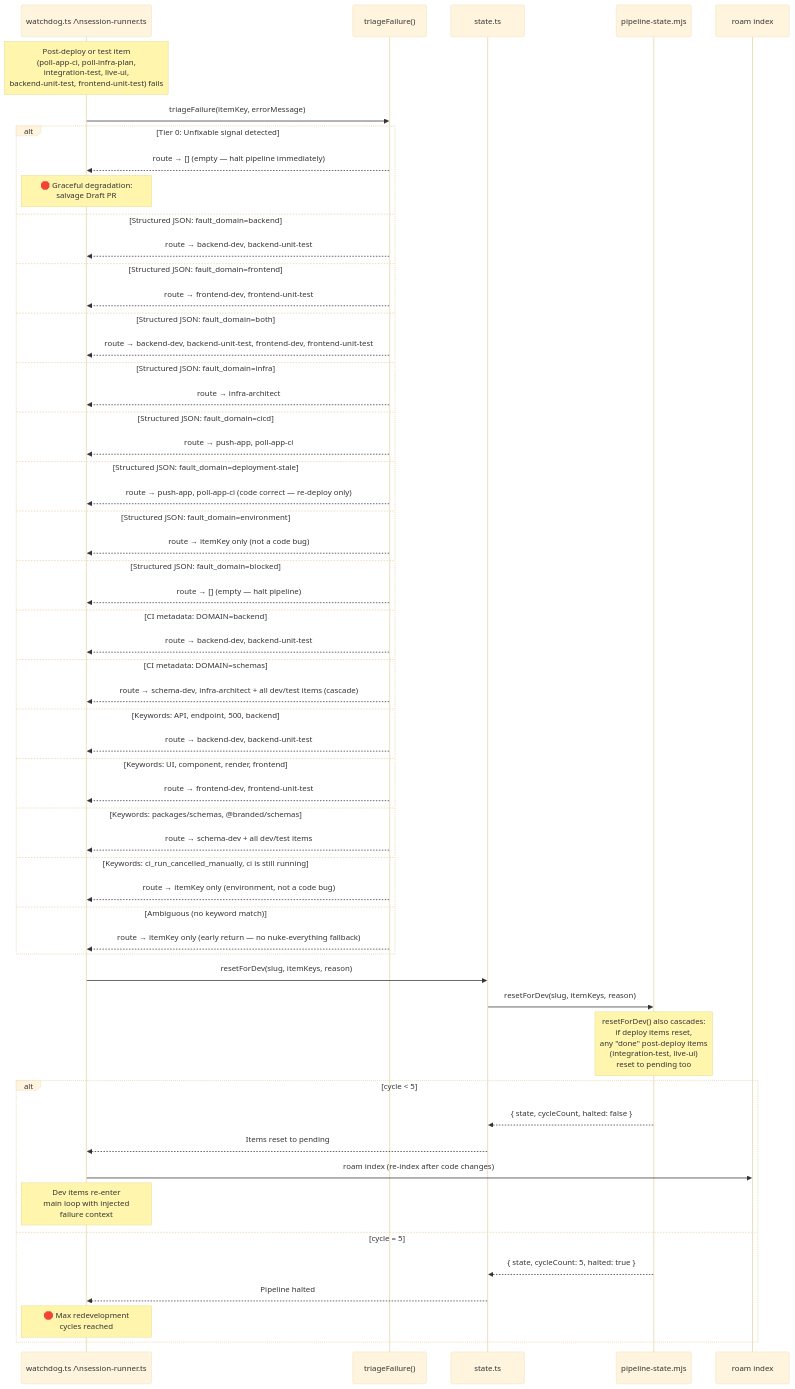
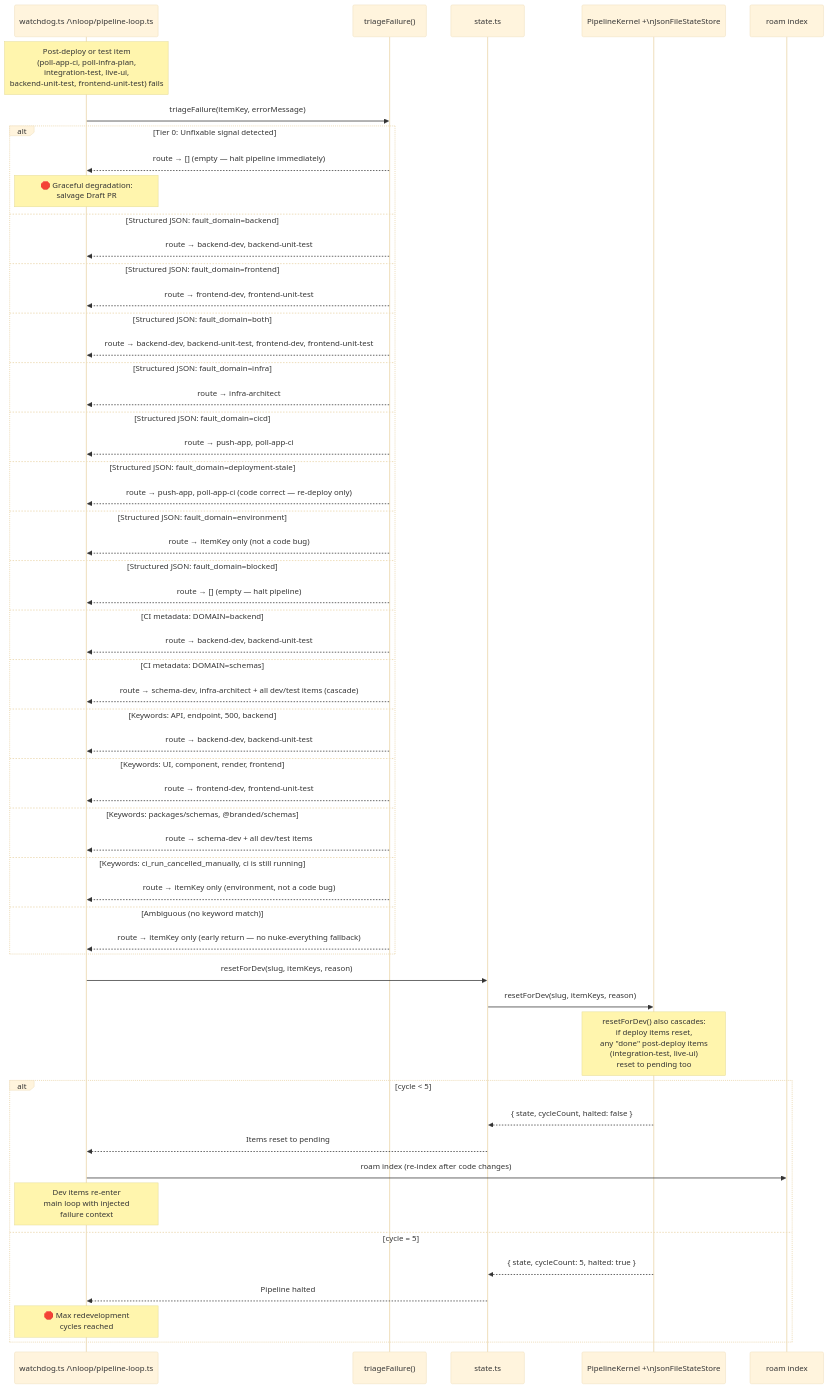
One commit to RomanKaliupinMelonusa/DAGent-t changed the fourth of 7 diagrams in tools/autonomous-factory/docs/04-state-machine.md. Above: the diagram before and after it, drawn with Mermaid (base theme). The commit also changed other lines of this file and 286 other files, not shown here.

````diff
--- a/tools/autonomous-factory/docs/04-state-machine.md
+++ b/tools/autonomous-factory/docs/04-state-machine.md
@@ -230,63 +230,63 @@
 ```mermaid
 sequenceDiagram
-    participant W as watchdog.ts /\nsession-runner.ts
+    participant W as watchdog.ts /\nloop/pipeline-loop.ts
     participant TF as triageFailure()
     participant S as state.ts
-    participant PS as pipeline-state.mjs
+    participant PS as PipelineKernel +\nJsonFileStateStore
     participant R as roam index
 
     Note over W: Post-deploy or test item<br/>(poll-app-ci, poll-infra-plan,<br/>integration-test, live-ui,<br/>backend-unit-test, frontend-unit-test) fails
 
     W->>TF: triageFailure(itemKey, errorMessage)
 
     alt Tier 0: Unfixable signal detected
         TF-->>W: route → [] (empty — halt pipeline immediately)
         Note over W: 🛑 Graceful degradation:<br/>salvage Draft PR
     else Structured JSON: fault_domain=backend
         TF-->>W: route → backend-dev, backend-unit-test
     else Structured JSON: fault_domain=frontend
         TF-->>W: route → frontend-dev, frontend-unit-test
     else Structured JSON: fault_domain=both
         TF-->>W: route → backend-dev, backend-unit-test, frontend-dev, frontend-unit-test
     else Structured JSON: fault_domain=infra
         TF-->>W: route → infra-architect
     else Structured JSON: fault_domain=cicd
         TF-->>W: route → push-app, poll-app-ci
     else Structured JSON: fault_domain=deployment-stale
         TF-->>W: route → push-app, poll-app-ci (code correct — re-deploy only)
     else Structured JSON: fault_domain=environment
         TF-->>W: route → itemKey only (not a code bug)
     else Structured JSON: fault_domain=blocked
         TF-->>W: route → [] (empty — halt pipeline)
     else CI metadata: DOMAIN=backend
         TF-->>W: route → backend-dev, backend-unit-test
     else CI metadata: DOMAIN=schemas
         TF-->>W: route → schema-dev, infra-architect + all dev/test items (cascade)
     else Keywords: API, endpoint, 500, backend
         TF-->>W: route → backend-dev, backend-unit-test
     else Keywords: UI, component, render, frontend
         TF-->>W: route → frontend-dev, frontend-unit-test
     else Keywords: packages/schemas, @branded/schemas
         TF-->>W: route → schema-dev + all dev/test items
     else Keywords: ci_run_cancelled_manually, ci is still running
         TF-->>W: route → itemKey only (environment, not a code bug)
     else Ambiguous (no keyword match)
         TF-->>W: route → itemKey only (early return — no nuke-everything fallback)
     end
 
     W->>S: resetForDev(slug, itemKeys, reason)
     S->>PS: resetForDev(slug, itemKeys, reason)
 
     Note over PS: resetForDev() also cascades:<br/>if deploy items reset,<br/>any "done" post-deploy items<br/>(integration-test, live-ui)<br/>reset to pending too
 
     alt cycle < 5
         PS-->>S: { state, cycleCount, halted: false }
         S-->>W: Items reset to pending
         W->>R: roam index (re-index after code changes)
         Note over W: Dev items re-enter<br/>main loop with injected<br/>failure context
     else cycle = 5
         PS-->>S: { state, cycleCount: 5, halted: true }
         S-->>W: Pipeline halted
         Note over W: 🛑 Max redevelopment<br/>cycles reached
     end
 ```
````
